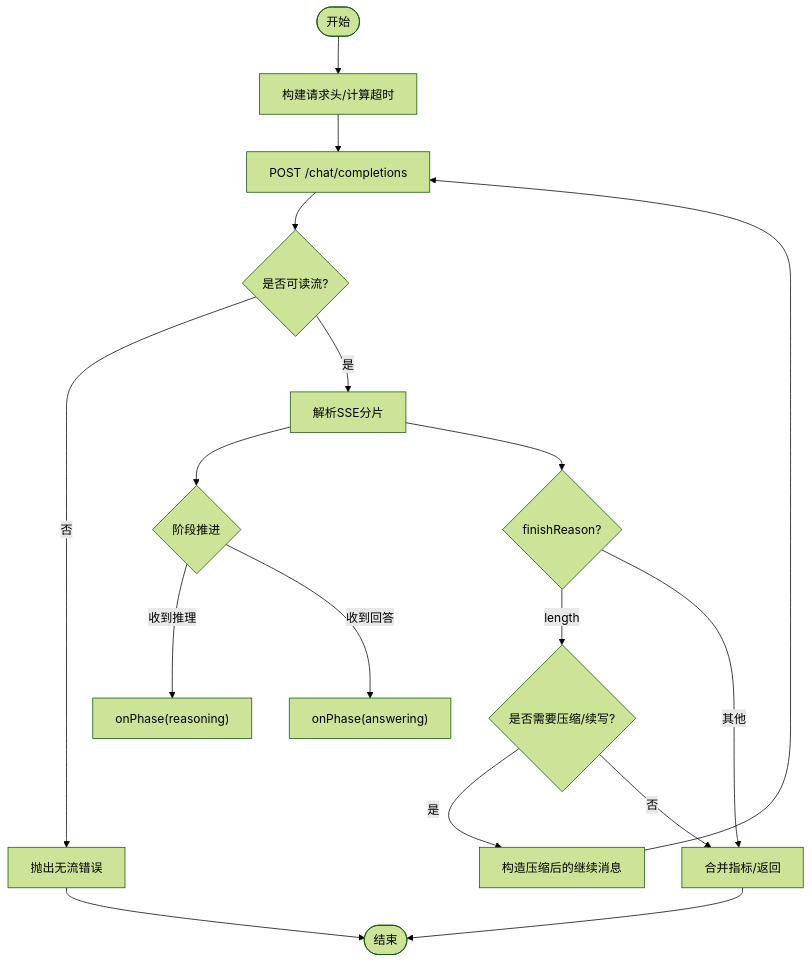
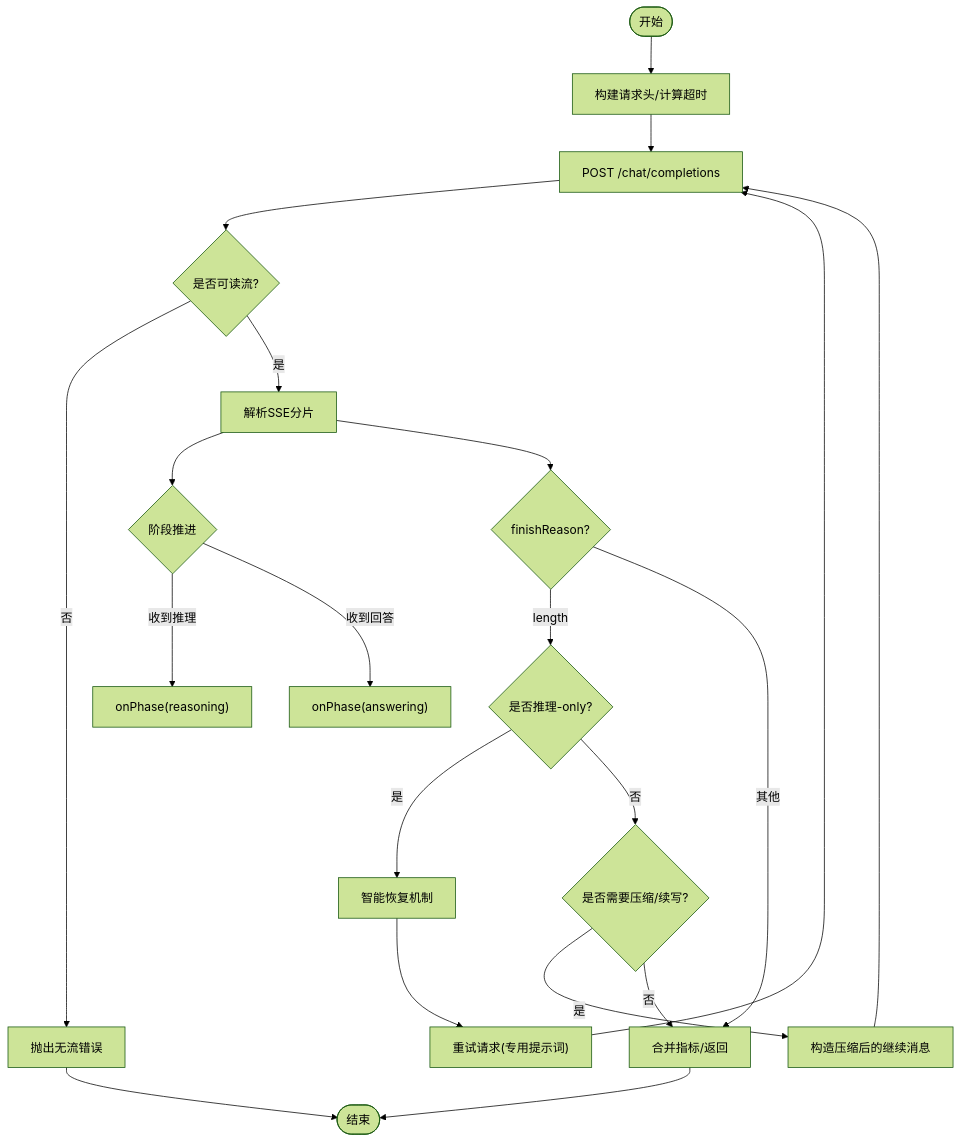
Before and after one commit to dyx-9163/ai-aifar: the third of 7 diagrams in .qoder/repowiki/zh/content/核心模块/Agent 工作进程/模型提供者/模型提供者.md, drawn with Mermaid (forest theme). The commit also changed other lines of this file and 37 other files, not shown here.

````diff
--- a/.qoder/repowiki/zh/content/核心模块/Agent 工作进程/模型提供者/模型提供者.md
+++ b/.qoder/repowiki/zh/content/核心模块/Agent 工作进程/模型提供者/模型提供者.md
@@ -135,19 +153,23 @@
 ```mermaid
 flowchart TD
 Start(["开始"]) --> Build["构建请求头/计算超时"]
 Build --> Send["POST /chat/completions"]
 Send --> Stream{"是否可读流?"}
 Stream -- 否 --> Err["抛出无流错误"]
 Stream -- 是 --> Parse["解析SSE分片"]
 Parse --> Phase{"阶段推进"}
 Phase --> |收到推理| Reasoning["onPhase(reasoning)"]
 Phase --> |收到回答| Answering["onPhase(answering)"]
 Parse --> Finish{"finishReason?"}
-Finish -- length --> Compress{"是否需要压缩/续写?"}
+Finish -- length --> Check{"是否推理-only?"}
+Check -- 是 --> Recovery["智能恢复机制"]
+Recovery --> Retry["重试请求(专用提示词)"]
+Retry --> Send
+Check -- 否 --> Compress{"是否需要压缩/续写?"}
 Compress -- 是 --> Rebuild["构造压缩后的继续消息"]
 Rebuild --> Send
 Compress -- 否 --> Metrics["合并指标/返回"]
 Finish -- 其他 --> Metrics
 Err --> End(["结束"])
 Metrics --> End
 ```
````
